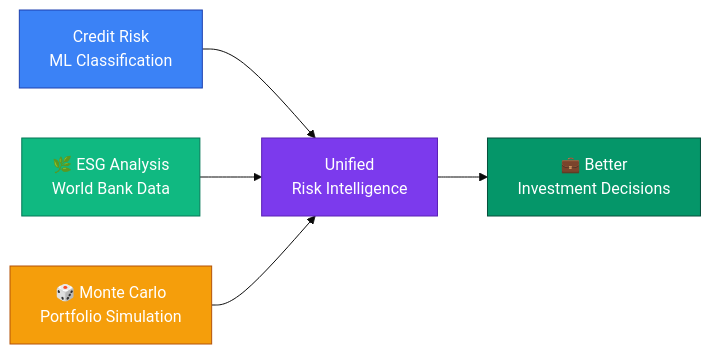
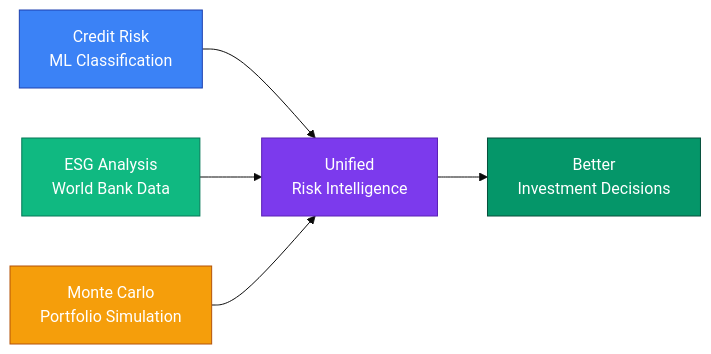
One commit to Vaibhav-S-Gowda/AI-Driven-Financial-Risk-Analysis-for-Sustainable-Economic-Growth changed the first of 2 diagrams in README.md. Above: the diagram before and after it, drawn with Mermaid (base theme). The commit also changed other lines of this file, not shown here.

Commit message:
docs: update project structure to reflect removed sign-in flow and fix launch command

````diff
--- a/README.md
+++ b/README.md
@@ -49,13 +49,13 @@
 ```mermaid
 graph LR
-    A[" Credit Risk<br/>ML Classification"] --> D[" Unified<br/>Risk Intelligence"]
-    B["🌿 ESG Analysis<br/>World Bank Data"] --> D
-    C["🎲 Monte Carlo<br/>Portfolio Simulation"] --> D
-    D --> E["💼 Better<br/>Investment Decisions"]
+    A["Credit Risk<br/>ML Classification"] --> D["Unified<br/>Risk Intelligence"]
+    B["ESG Analysis<br/>World Bank Data"] --> D
+    C["Monte Carlo<br/>Portfolio Simulation"] --> D
+    D --> E["Better<br/>Investment Decisions"]
 
     style A fill:#3B82F6,color:#fff,stroke:#1E40AF
     style B fill:#10B981,color:#fff,stroke:#047857
     style C fill:#F59E0B,color:#fff,stroke:#B45309
     style D fill:#7C3AED,color:#fff,stroke:#5B21B6
     style E fill:#059669,color:#fff,stroke:#064E3B
 ```
````
